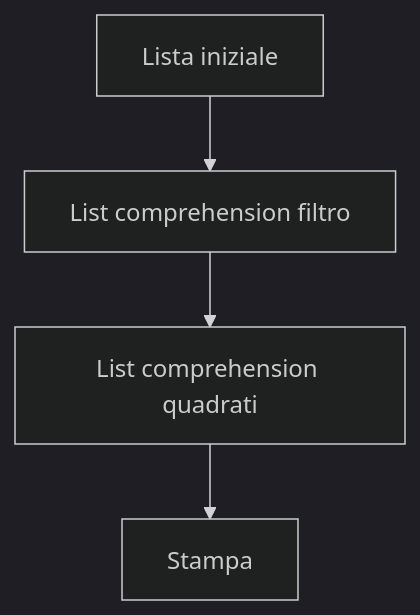
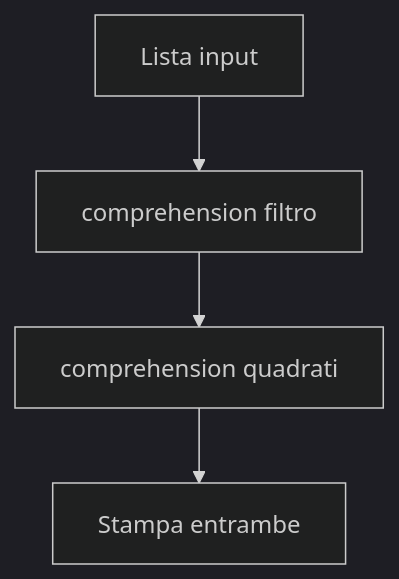
Before and after one commit to lucadagati/Lab_Fondamenti_di_Informatica_25_26: diagram 14 of 20 in 04-python-jupyter-analisi-biomedica/README.md, drawn with Mermaid (dark theme). The commit also changed other lines of this file, not shown here.

First line of the commit message:
README Lab 4: aggiunge testo esercizi e flow più espliciti

````diff
--- a/04-python-jupyter-analisi-biomedica/README.md
+++ b/04-python-jupyter-analisi-biomedica/README.md
@@ -177,6 +221,6 @@
 ```mermaid
 flowchart TD
-    A[Lista iniziale] --> B[List comprehension filtro]
-    B --> C[List comprehension quadrati]
-    C --> D[Stampa]
+    A[Lista input] --> B[comprehension filtro]
+    B --> C[comprehension quadrati]
+    C --> D[Stampa entrambe]
 ```
````
